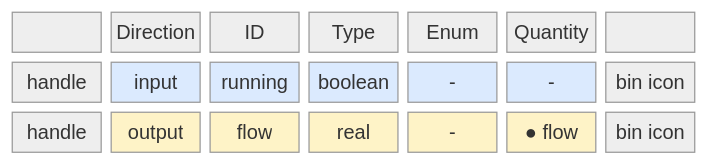
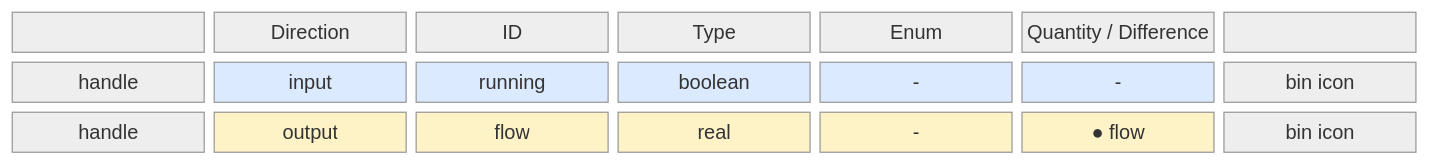
One commit to AlexandreGallais/synoptic-studio-spec changed the second of 3 diagrams in metadata/04-signals.md. Above: the diagram before and after it, drawn with Mermaid (neutral theme). The commit also changed other lines of this file and 13 other files, not shown here.

````diff
--- a/metadata/04-signals.md
+++ b/metadata/04-signals.md
@@ -107,17 +115,17 @@
 ```mermaid
 block-beta
     columns 7
-    h0[" "] h8["Direction"] h1["ID"] h2["Type"] h3["Enum"] h4["Quantity"] h9[" "]
+    h0[" "] h8["Direction"] h1["ID"] h2["Type"] h3["Enum"] h4["Quantity / Difference"] h9[" "]
     r0["handle"] r8["input"] r1["running"] r2["boolean"] r3["-"] r4["-"] r9["bin icon"]
     s0["handle"] s8["output"] s1["flow"] s2["real"] s3["-"] s4["● flow"] s9["bin icon"]
     style r8 fill:#dbeafe
     style r1 fill:#dbeafe
     style r2 fill:#dbeafe
     style r3 fill:#dbeafe
     style r4 fill:#dbeafe
     style s8 fill:#fef3c7
     style s1 fill:#fef3c7
     style s2 fill:#fef3c7
     style s3 fill:#fef3c7
     style s4 fill:#fef3c7
 ```
````
